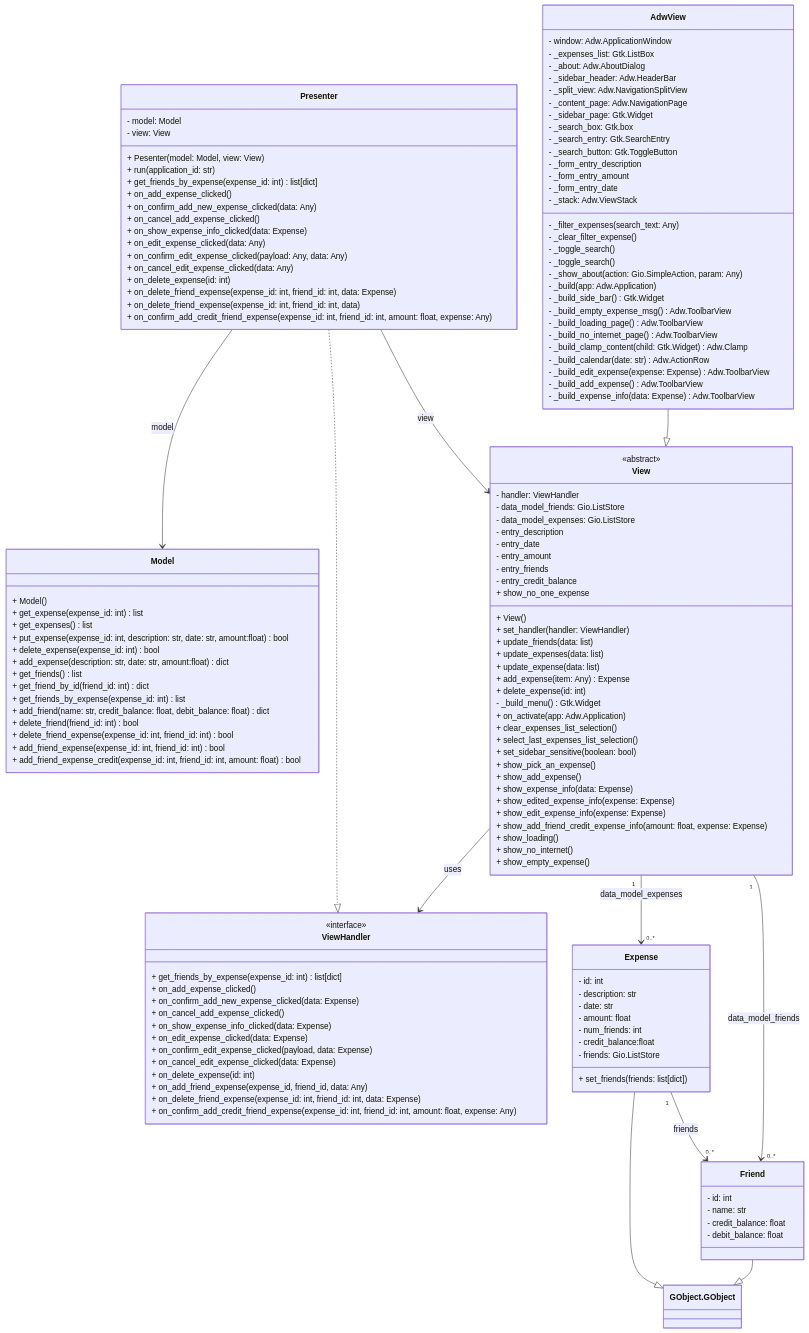
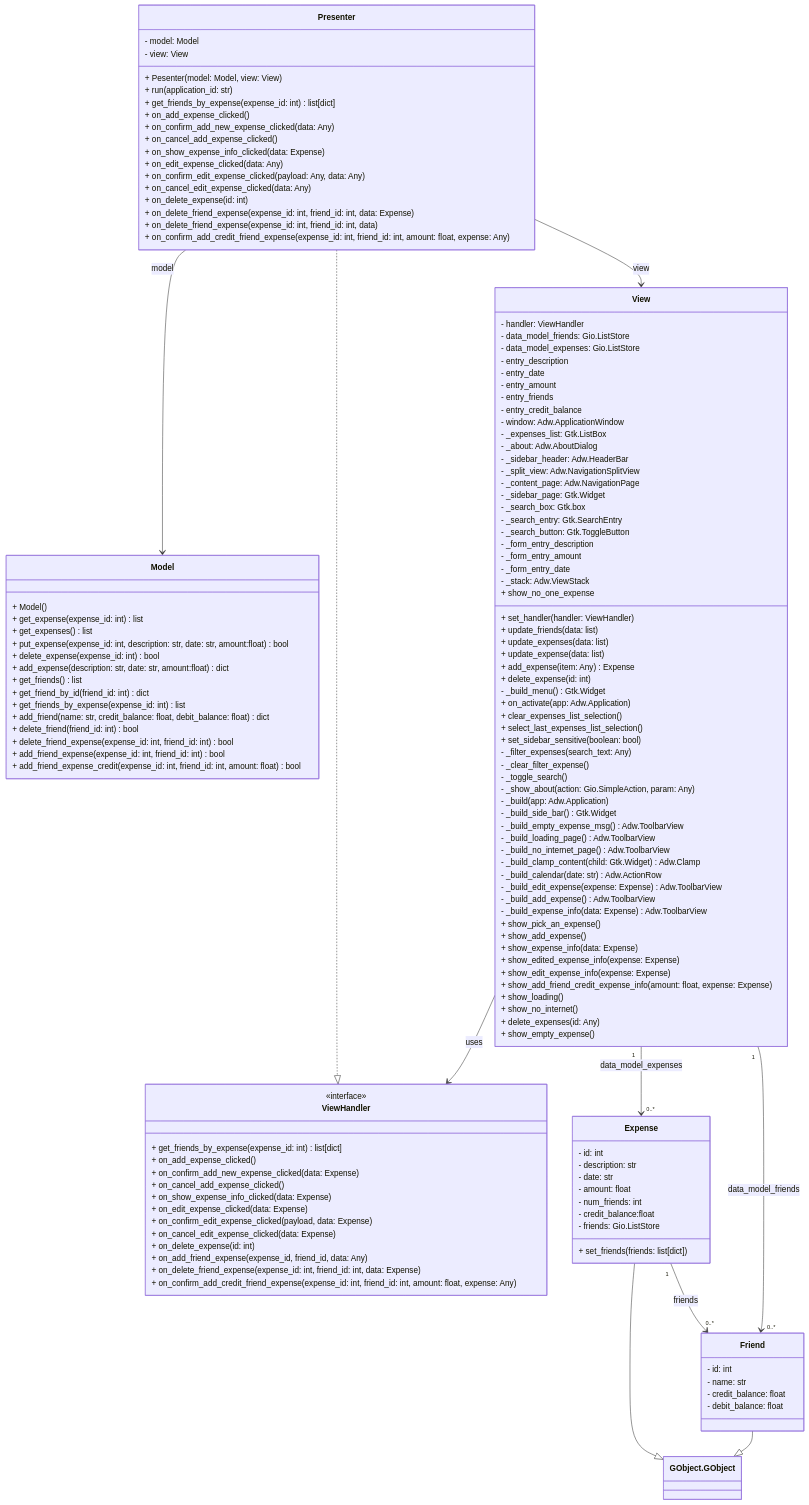
One commit to alexborrazasm/ipm changed the first of 3 diagrams in diseños/diseño_sw.md. Above: the diagram before and after it, drawn with Mermaid.

Commit message:
[DISEÑOS] revisado diagrama de clases

````diff
--- a/diseños/diseño_sw.md
+++ b/diseños/diseño_sw.md
@@ -7,5 +7,4 @@
 ```mermaid
-
 classDiagram
 
     class Presenter {
@@ -79,7 +78,6 @@
     }
 
     class View {
-        <<abstract>>
         - handler: ViewHandler
         - data_model_friends: Gio.ListStore
         - data_model_expenses: Gio.ListStore
@@ -88,31 +86,7 @@
         - entry_amount
         - entry_friends
         - entry_credit_balance
-        + View()
-        + set_handler(handler: ViewHandler) 
-        + update_friends(data: list) 
-        + update_expenses(data: list) 
-        + update_expense(data: list) 
-        + add_expense(item: Any) Expense
-        + delete_expense(id: int) 
-        - _build_menu() Gtk.Widget
-        + on_activate(app: Adw.Application)
-        + clear_expenses_list_selection() 
-        + select_last_expenses_list_selection() 
-        + set_sidebar_sensitive(boolean: bool)
-        + show_pick_an_expense() 
-        + show_no_one_expense
-        + show_add_expense() 
-        + show_expense_info(data: Expense) 
-        + show_edited_expense_info(expense: Expense) 
-        + show_edit_expense_info(expense: Expense) 
-        + show_add_friend_credit_expense_info(amount: float, expense: Expense)
-        + show_loading() 
-        + show_no_internet() 
-        + show_empty_expense() 
-    }
 
-    class AdwView {
         - window: Adw.ApplicationWindow
         - _expenses_list: Gtk.ListBox
         - _about: Adw.AboutDialog
@@ -127,9 +101,22 @@
         - _form_entry_amount
         - _form_entry_date
         - _stack: Adw.ViewStack
+
+        + set_handler(handler: ViewHandler) 
+        + update_friends(data: list) 
+        + update_expenses(data: list) 
+        + update_expense(data: list) 
+        + add_expense(item: Any) Expense
+        + delete_expense(id: int) 
+        - _build_menu() Gtk.Widget
+
+        + on_activate(app: Adw.Application)
+        + clear_expenses_list_selection() 
+        + select_last_expenses_list_selection() 
+        + set_sidebar_sensitive(boolean: bool)
+
         - _filter_expenses(search_text: Any)
         - _clear_filter_expense()
-        - _toggle_search()
         - _toggle_search()
         - _show_about(action: Gio.SimpleAction, param: Any) 
         - _build(app: Adw.Application)
@@ -142,6 +129,17 @@
         - _build_edit_expense(expense: Expense) Adw.ToolbarView
         - _build_add_expense() Adw.ToolbarView
         - _build_expense_info(data: Expense) Adw.ToolbarView
+        + show_pick_an_expense() 
+        + show_no_one_expense
+        + show_add_expense() 
+        + show_expense_info(data: Expense) 
+        + show_edited_expense_info(expense: Expense) 
+        + show_edit_expense_info(expense: Expense) 
+        + show_add_friend_credit_expense_info(amount: float, expense: Expense)
+        + show_loading() 
+        + show_no_internet() 
+        + delete_expenses(id: Any)
+        + show_empty_expense()
     }
 
     %% Relationships
@@ -149,7 +147,6 @@
     View "1" --> "0..*" Expense : data_model_expenses
     Expense "1" --> "0..*" Friend : friends
     View --> ViewHandler : uses
-    AdwView --|> View
     Friend --|> GObject.GObject
     Expense --|> GObject.GObject
     Presenter ..|> ViewHandler
````
